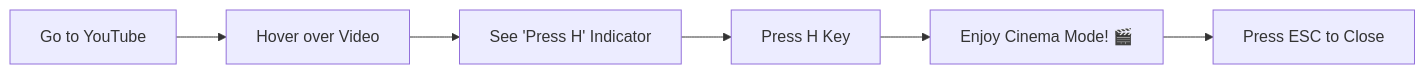
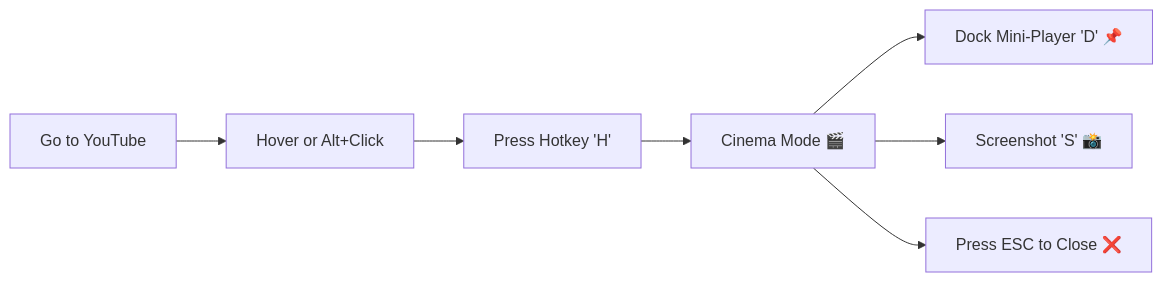
One commit to simoabid/YT-Cinema-Mode changed the diagram in README.md. Above: the diagram before and after it, drawn with Mermaid. The commit also changed other lines of this file and 15 other files, not shown here.

Commit message:
feat: ambient lighting, mini-player dock, shorts support, and cross-browser build

````diff
--- a/README.md
+++ b/README.md
@@ -105,8 +145,9 @@
 ```mermaid
 graph LR
-    A[Go to YouTube] --> B[Hover over Video]
-    B --> C[See 'Press H' Indicator]
-    C --> D[Press H Key]
-    D --> E[Enjoy Cinema Mode! 🎬]
-    E --> F[Press ESC to Close]
+    A[Go to YouTube] --> B[Hover or Alt+Click]
+    B --> C[Press Hotkey 'H']
+    C --> D[Cinema Mode 🎬]
+    D --> E[Dock Mini-Player 'D' 📌]
+    D --> F[Screenshot 'S' 📸]
+    D --> G[Press ESC to Close ❌]
 ```
````
